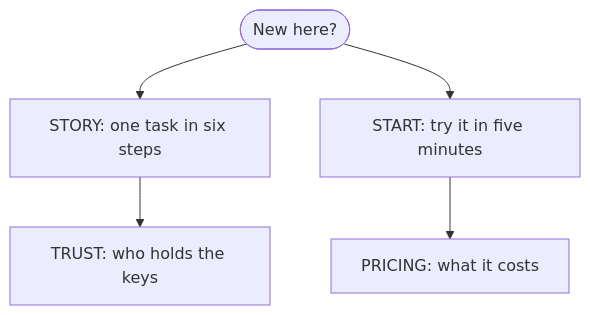
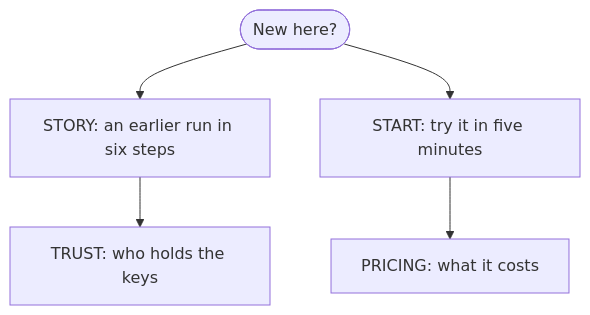
Before and after one commit to drexthealpha/Knos: the diagram in docs/README.md, drawn with Mermaid. The commit also changed other lines of this file and 101 other files, not shown here.

````diff
--- a/docs/README.md
+++ b/docs/README.md
@@ -11,12 +7,12 @@
 ```mermaid
 flowchart TB
     new(["New here?"])
-    story["STORY: one task in six steps"]
+    story["STORY: an earlier run in six steps"]
     start["START: try it in five minutes"]
     cost["PRICING: what it costs"]
     trust["TRUST: who holds the keys"]
     new --> story
     new --> start
     story --> trust
     start --> cost
 ```
````
